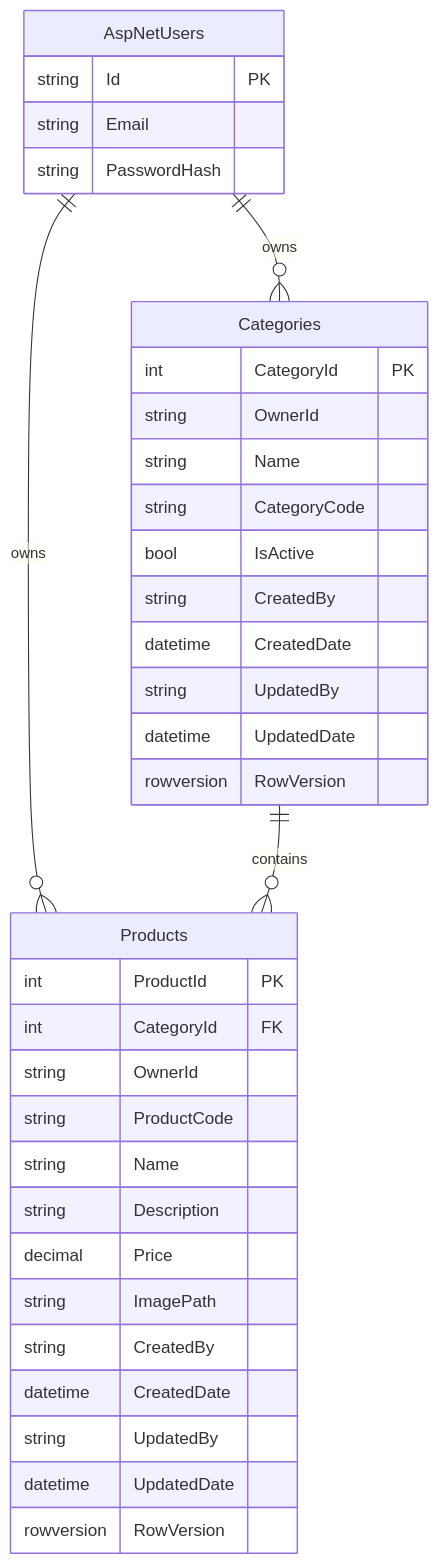
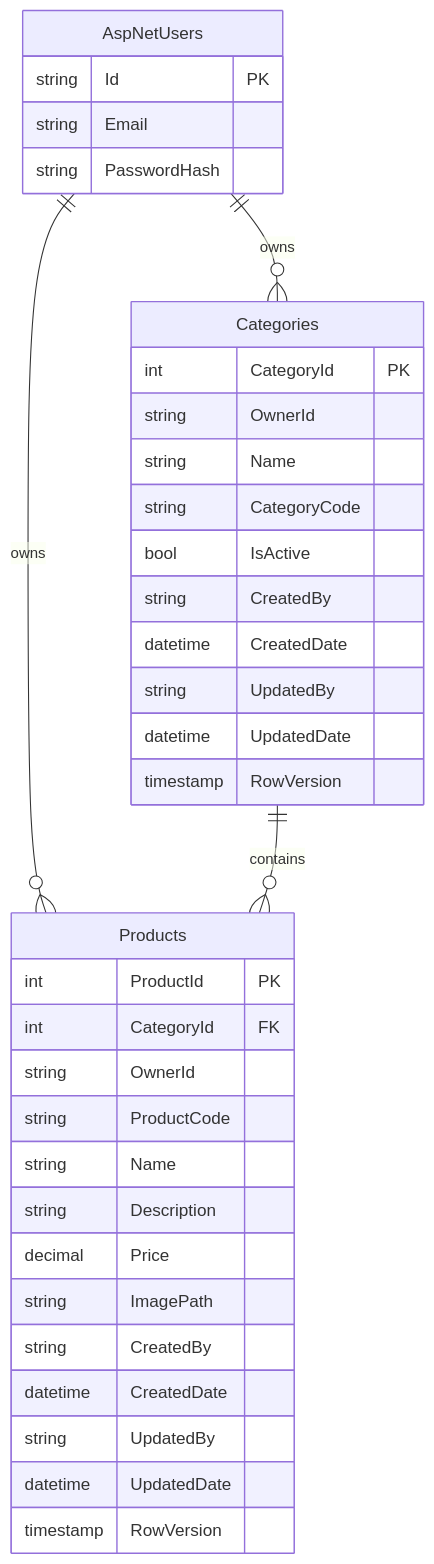
The diagram in docs/database-schema.md (mmvelase60/ProductVault), drawn with Mermaid before and after one commit. The commit also changed other lines of this file and 20 other files, not shown here.

````diff
--- a/docs/database-schema.md
+++ b/docs/database-schema.md
@@ -5,39 +5,39 @@
 ```mermaid
 erDiagram
     AspNetUsers ||--o{ Categories : owns
     AspNetUsers ||--o{ Products : owns
     Categories ||--o{ Products : contains
 
     AspNetUsers {
         string Id PK
         string Email
         string PasswordHash
     }
     Categories {
         int CategoryId PK
         string OwnerId
         string Name
         string CategoryCode
         bool IsActive
         string CreatedBy
         datetime CreatedDate
         string UpdatedBy
         datetime UpdatedDate
-        rowversion RowVersion
+        timestamp RowVersion
     }
     Products {
         int ProductId PK
         int CategoryId FK
         string OwnerId
         string ProductCode
         string Name
         string Description
         decimal Price
         string ImagePath
         string CreatedBy
         datetime CreatedDate
         string UpdatedBy
         datetime UpdatedDate
-        rowversion RowVersion
+        timestamp RowVersion
     }
 ```
````
